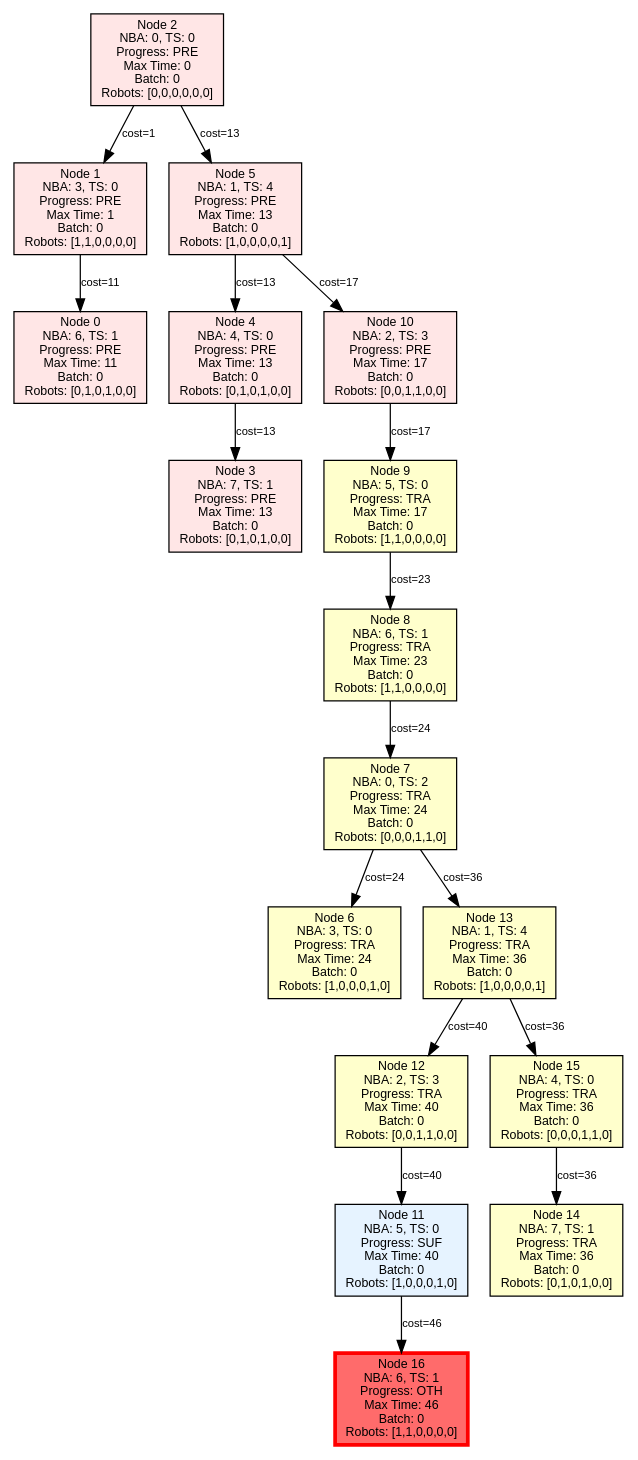
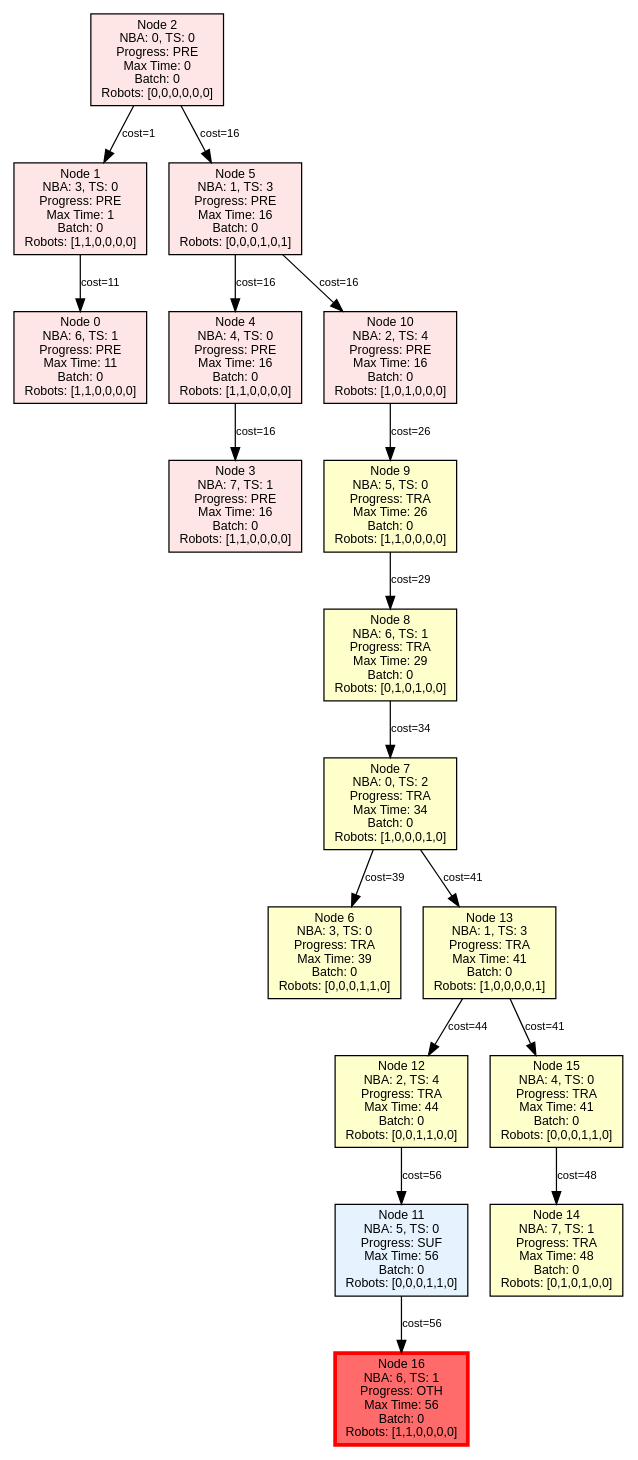
Before and after one commit to jrourke48/HMRTA_TS_GENERATION: the diagram in MCTB-PDT/output/infinite_test_1_tree.dot, drawn with Graphviz. The commit also changed 49 other files, not shown here.

```diff
--- a/MCTB-PDT/output/infinite_test_1_tree.dot
+++ b/MCTB-PDT/output/infinite_test_1_tree.dot
@@ -1,40 +1,40 @@
 digraph PlanningTree {
   rankdir=TB;
   node [shape=box, style=filled, fontname=Arial, fontsize=10];
   edge [fontname=Arial, fontsize=9];
 
-  node_0 [label="Node 0\nNBA: 6, TS: 1\nProgress: PRE\nMax Time: 11\nBatch: 0\nRobots: [0,1,0,1,0,0]", fillcolor="#FFE6E6"];
+  node_0 [label="Node 0\nNBA: 6, TS: 1\nProgress: PRE\nMax Time: 11\nBatch: 0\nRobots: [1,1,0,0,0,0]", fillcolor="#FFE6E6"];
   node_1 [label="Node 1\nNBA: 3, TS: 0\nProgress: PRE\nMax Time: 1\nBatch: 0\nRobots: [1,1,0,0,0,0]", fillcolor="#FFE6E6"];
   node_2 [label="Node 2\nNBA: 0, TS: 0\nProgress: PRE\nMax Time: 0\nBatch: 0\nRobots: [0,0,0,0,0,0]", fillcolor="#FFE6E6"];
-  node_3 [label="Node 3\nNBA: 7, TS: 1\nProgress: PRE\nMax Time: 13\nBatch: 0\nRobots: [0,1,0,1,0,0]", fillcolor="#FFE6E6"];
-  node_4 [label="Node 4\nNBA: 4, TS: 0\nProgress: PRE\nMax Time: 13\nBatch: 0\nRobots: [0,1,0,1,0,0]", fillcolor="#FFE6E6"];
-  node_5 [label="Node 5\nNBA: 1, TS: 4\nProgress: PRE\nMax Time: 13\nBatch: 0\nRobots: [1,0,0,0,0,1]", fillcolor="#FFE6E6"];
-  node_6 [label="Node 6\nNBA: 3, TS: 0\nProgress: TRA\nMax Time: 24\nBatch: 0\nRobots: [1,0,0,0,1,0]", fillcolor="#FFFFCC"];
-  node_7 [label="Node 7\nNBA: 0, TS: 2\nProgress: TRA\nMax Time: 24\nBatch: 0\nRobots: [0,0,0,1,1,0]", fillcolor="#FFFFCC"];
-  node_8 [label="Node 8\nNBA: 6, TS: 1\nProgress: TRA\nMax Time: 23\nBatch: 0\nRobots: [1,1,0,0,0,0]", fillcolor="#FFFFCC"];
-  node_9 [label="Node 9\nNBA: 5, TS: 0\nProgress: TRA\nMax Time: 17\nBatch: 0\nRobots: [1,1,0,0,0,0]", fillcolor="#FFFFCC"];
-  node_10 [label="Node 10\nNBA: 2, TS: 3\nProgress: PRE\nMax Time: 17\nBatch: 0\nRobots: [0,0,1,1,0,0]", fillcolor="#FFE6E6"];
-  node_11 [label="Node 11\nNBA: 5, TS: 0\nProgress: SUF\nMax Time: 40\nBatch: 0\nRobots: [1,0,0,0,1,0]", fillcolor="#E6F3FF"];
-  node_12 [label="Node 12\nNBA: 2, TS: 3\nProgress: TRA\nMax Time: 40\nBatch: 0\nRobots: [0,0,1,1,0,0]", fillcolor="#FFFFCC"];
-  node_13 [label="Node 13\nNBA: 1, TS: 4\nProgress: TRA\nMax Time: 36\nBatch: 0\nRobots: [1,0,0,0,0,1]", fillcolor="#FFFFCC"];
-  node_14 [label="Node 14\nNBA: 7, TS: 1\nProgress: TRA\nMax Time: 36\nBatch: 0\nRobots: [0,1,0,1,0,0]", fillcolor="#FFFFCC"];
-  node_15 [label="Node 15\nNBA: 4, TS: 0\nProgress: TRA\nMax Time: 36\nBatch: 0\nRobots: [0,0,0,1,1,0]", fillcolor="#FFFFCC"];
-  node_16 [label="Node 16\nNBA: 6, TS: 1\nProgress: OTH\nMax Time: 46\nBatch: 0\nRobots: [1,1,0,0,0,0]", fillcolor="#FF6B6B", penwidth=3, color=red];
+  node_3 [label="Node 3\nNBA: 7, TS: 1\nProgress: PRE\nMax Time: 16\nBatch: 0\nRobots: [1,1,0,0,0,0]", fillcolor="#FFE6E6"];
+  node_4 [label="Node 4\nNBA: 4, TS: 0\nProgress: PRE\nMax Time: 16\nBatch: 0\nRobots: [1,1,0,0,0,0]", fillcolor="#FFE6E6"];
+  node_5 [label="Node 5\nNBA: 1, TS: 3\nProgress: PRE\nMax Time: 16\nBatch: 0\nRobots: [0,0,0,1,0,1]", fillcolor="#FFE6E6"];
+  node_6 [label="Node 6\nNBA: 3, TS: 0\nProgress: TRA\nMax Time: 39\nBatch: 0\nRobots: [0,0,0,1,1,0]", fillcolor="#FFFFCC"];
+  node_7 [label="Node 7\nNBA: 0, TS: 2\nProgress: TRA\nMax Time: 34\nBatch: 0\nRobots: [1,0,0,0,1,0]", fillcolor="#FFFFCC"];
+  node_8 [label="Node 8\nNBA: 6, TS: 1\nProgress: TRA\nMax Time: 29\nBatch: 0\nRobots: [0,1,0,1,0,0]", fillcolor="#FFFFCC"];
+  node_9 [label="Node 9\nNBA: 5, TS: 0\nProgress: TRA\nMax Time: 26\nBatch: 0\nRobots: [1,1,0,0,0,0]", fillcolor="#FFFFCC"];
+  node_10 [label="Node 10\nNBA: 2, TS: 4\nProgress: PRE\nMax Time: 16\nBatch: 0\nRobots: [1,0,1,0,0,0]", fillcolor="#FFE6E6"];
+  node_11 [label="Node 11\nNBA: 5, TS: 0\nProgress: SUF\nMax Time: 56\nBatch: 0\nRobots: [0,0,0,1,1,0]", fillcolor="#E6F3FF"];
+  node_12 [label="Node 12\nNBA: 2, TS: 4\nProgress: TRA\nMax Time: 44\nBatch: 0\nRobots: [0,0,1,1,0,0]", fillcolor="#FFFFCC"];
+  node_13 [label="Node 13\nNBA: 1, TS: 3\nProgress: TRA\nMax Time: 41\nBatch: 0\nRobots: [1,0,0,0,0,1]", fillcolor="#FFFFCC"];
+  node_14 [label="Node 14\nNBA: 7, TS: 1\nProgress: TRA\nMax Time: 48\nBatch: 0\nRobots: [0,1,0,1,0,0]", fillcolor="#FFFFCC"];
+  node_15 [label="Node 15\nNBA: 4, TS: 0\nProgress: TRA\nMax Time: 41\nBatch: 0\nRobots: [0,0,0,1,1,0]", fillcolor="#FFFFCC"];
+  node_16 [label="Node 16\nNBA: 6, TS: 1\nProgress: OTH\nMax Time: 56\nBatch: 0\nRobots: [1,1,0,0,0,0]", fillcolor="#FF6B6B", penwidth=3, color=red];
 
   node_1 -> node_0 [label="cost=11"];
   node_2 -> node_1 [label="cost=1"];
-  node_2 -> node_5 [label="cost=13"];
-  node_4 -> node_3 [label="cost=13"];
-  node_5 -> node_4 [label="cost=13"];
-  node_5 -> node_10 [label="cost=17"];
-  node_7 -> node_6 [label="cost=24"];
-  node_7 -> node_13 [label="cost=36"];
-  node_8 -> node_7 [label="cost=24"];
-  node_9 -> node_8 [label="cost=23"];
-  node_10 -> node_9 [label="cost=17"];
-  node_11 -> node_16 [label="cost=46"];
-  node_12 -> node_11 [label="cost=40"];
-  node_13 -> node_12 [label="cost=40"];
-  node_13 -> node_15 [label="cost=36"];
-  node_15 -> node_14 [label="cost=36"];
+  node_2 -> node_5 [label="cost=16"];
+  node_4 -> node_3 [label="cost=16"];
+  node_5 -> node_4 [label="cost=16"];
+  node_5 -> node_10 [label="cost=16"];
+  node_7 -> node_6 [label="cost=39"];
+  node_7 -> node_13 [label="cost=41"];
+  node_8 -> node_7 [label="cost=34"];
+  node_9 -> node_8 [label="cost=29"];
+  node_10 -> node_9 [label="cost=26"];
+  node_11 -> node_16 [label="cost=56"];
+  node_12 -> node_11 [label="cost=56"];
+  node_13 -> node_12 [label="cost=44"];
+  node_13 -> node_15 [label="cost=41"];
+  node_15 -> node_14 [label="cost=48"];
 }
```
